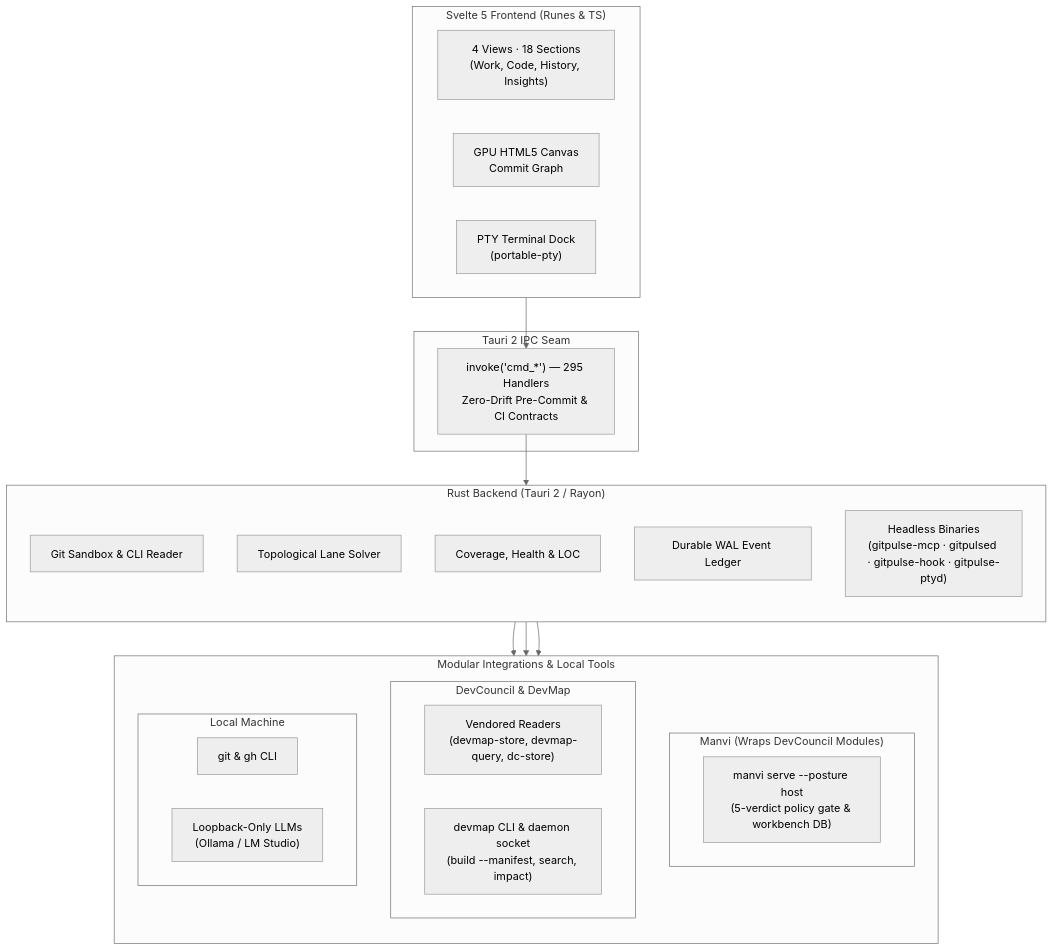
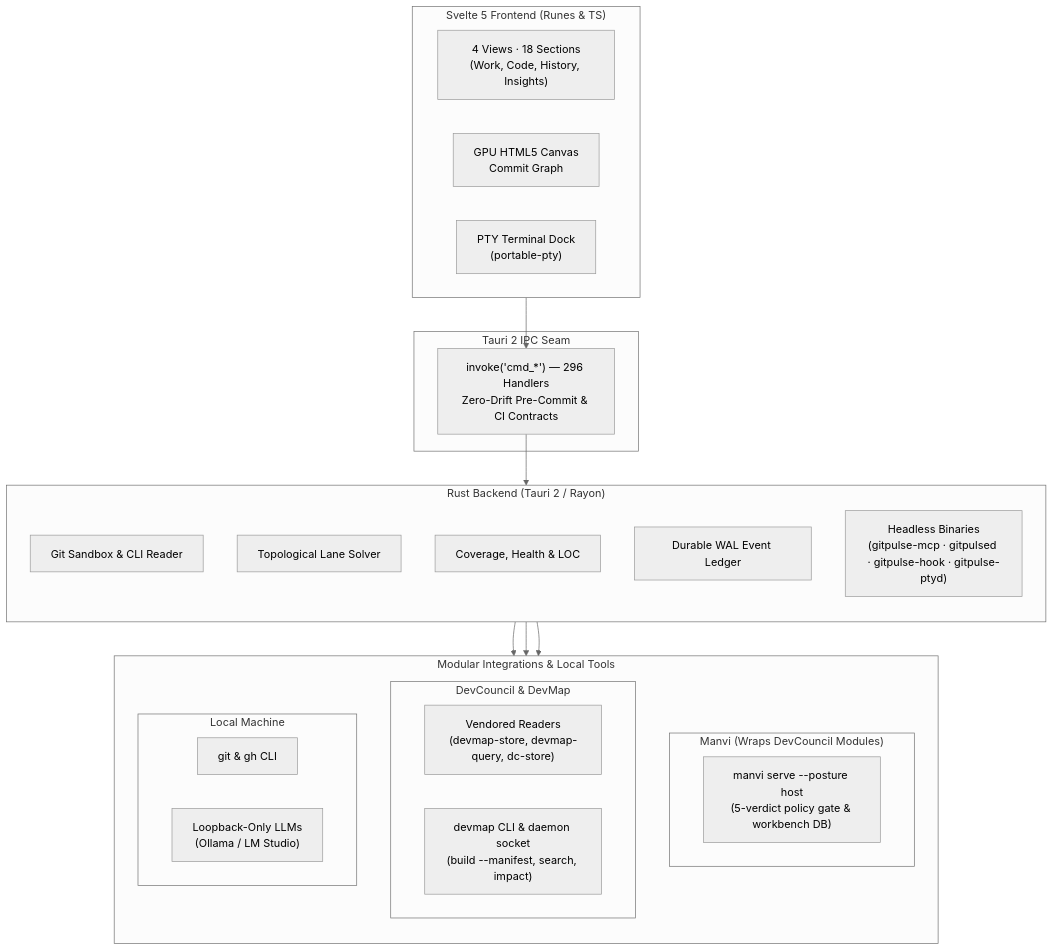
The diagram in README.md (bharathvbcr/GitPulse), drawn with Mermaid (neutral theme) before and after one commit. The commit also changed 17 other files, not shown here.

````diff
--- a/README.md
+++ b/README.md
@@ -126,43 +126,43 @@
 ```mermaid
 flowchart TB
     subgraph Frontend["Svelte 5 Frontend (Runes & TS)"]
         direction LR
         Views["4 Views · 18 Sections<br/>(Work, Code, History, Insights)"]
         Canvas["GPU HTML5 Canvas<br/>Commit Graph"]
         TerminalDock["PTY Terminal Dock<br/>(portable-pty)"]
     end
 
     subgraph IPC["Tauri 2 IPC Seam"]
-        Bridge["invoke('cmd_*') — 295 Handlers<br/>Zero-Drift Pre-Commit & CI Contracts"]
+        Bridge["invoke('cmd_*') — 296 Handlers<br/>Zero-Drift Pre-Commit & CI Contracts"]
     end
 
     subgraph Backend["Rust Backend (Tauri 2 / Rayon)"]
         direction TB
         GitEngine["Git Sandbox & CLI Reader"]
         LaneSolver["Topological Lane Solver"]
         Analyzers["Coverage, Health & LOC"]
         Ledger["Durable WAL Event Ledger"]
         Headless["Headless Binaries<br/>(gitpulse-mcp · gitpulsed · gitpulse-hook · gitpulse-ptyd)"]
     end
 
     subgraph Integrations["Modular Integrations & Local Tools"]
         direction TB
         subgraph ManviWrap["Manvi (Wraps DevCouncil Modules)"]
             ManviSidecar["manvi serve --posture host<br/>(5-verdict policy gate & workbench DB)"]
         end
         subgraph DevCouncilMods["DevCouncil & DevMap"]
             Vendored["Vendored Readers<br/>(devmap-store, devmap-query, dc-store)"]
             DevMapCLI["devmap CLI & daemon socket<br/>(build --manifest, search, impact)"]
         end
         subgraph LocalTools["Local Machine"]
             CLI["git & gh CLI"]
             LocalLLM["Loopback-Only LLMs<br/>(Ollama / LM Studio)"]
         end
     end
 
     Frontend --> Bridge
     Bridge --> Backend
     Backend --> ManviWrap
     Backend --> DevCouncilMods
     Backend --> LocalTools
 ```
````
